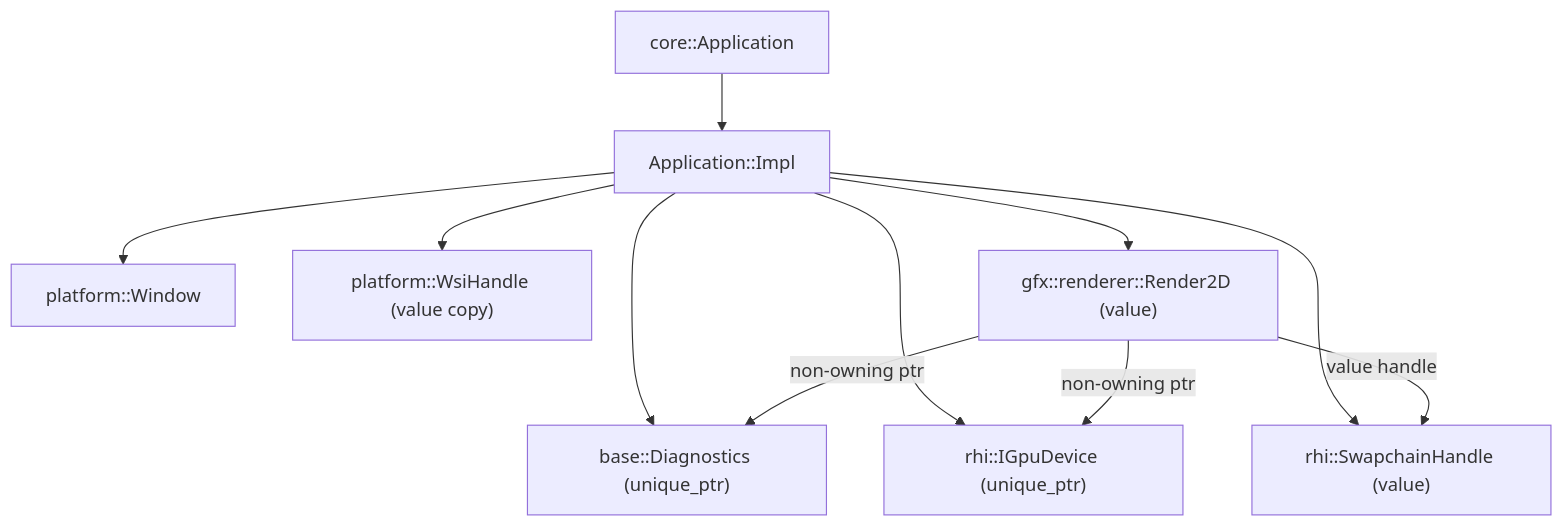
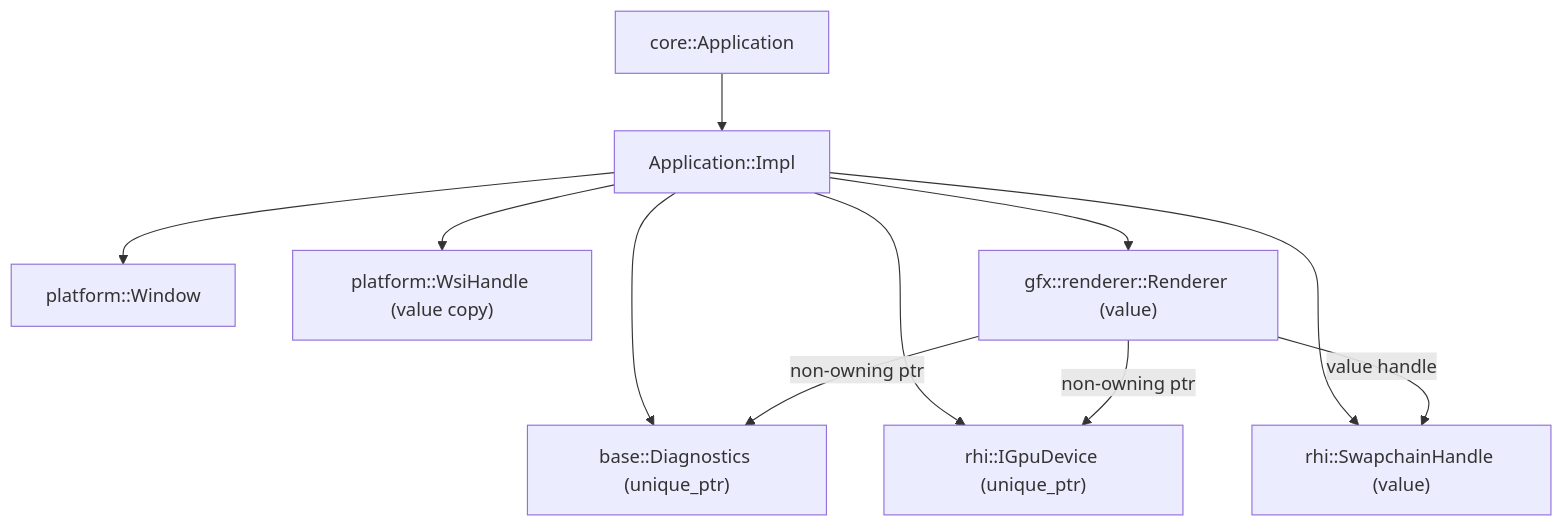
One commit to nduplessis11/strata changed the first of 2 diagrams in docs/LIFETIME_MODEL.md. Above: the diagram before and after it, drawn with Mermaid. The commit also changed other lines of this file and 20 other files, not shown here.

First line of the commit message:
feat(gfx): introduce Renderer facade + vertex/indexed drawing support (#102)

````diff
--- a/docs/LIFETIME_MODEL.md
+++ b/docs/LIFETIME_MODEL.md
@@ -44,15 +44,15 @@
 ```mermaid
 flowchart TD
   A[core::Application] --> I[Application::Impl]
 
   I --> W[platform::Window]
   I --> DIAG["base::Diagnostics (unique_ptr)"]
   I --> WH["platform::WsiHandle (value copy)"]
   I --> D["rhi::IGpuDevice (unique_ptr)"]
   I --> SC["rhi::SwapchainHandle (value)"]
-  I --> R["gfx::renderer::Render2D (value)"]
+  I --> R["gfx::renderer::Renderer (value)"]
 
   R -->|non-owning ptr| D
   R -->|non-owning ptr| DIAG
   R -->|value handle| SC
 ```
````
